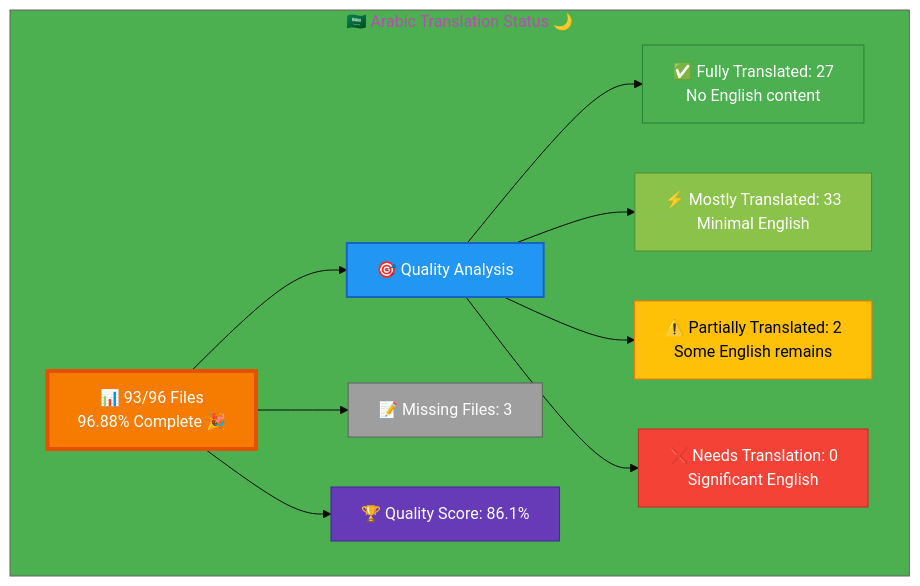
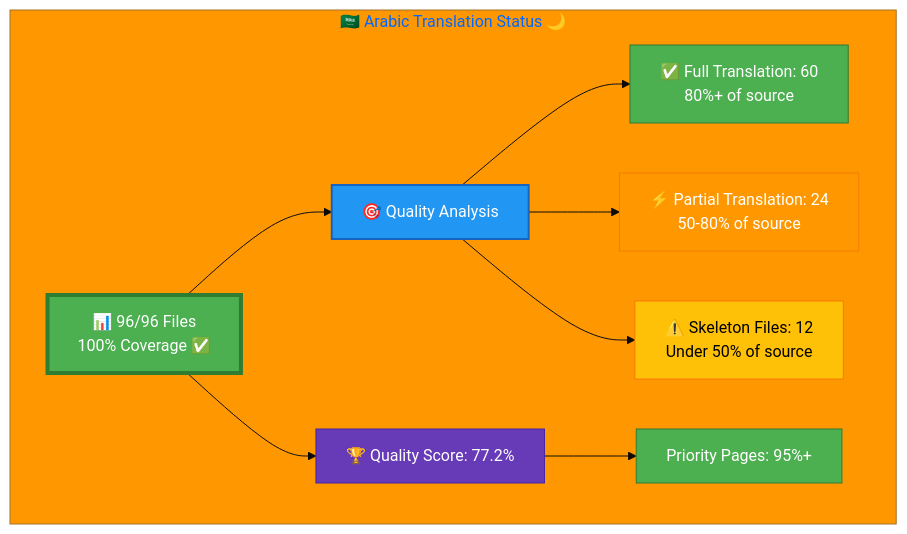
Before and after one commit to Hack23/homepage: the diagram in Arabic-Translation-Status.md, drawn with Mermaid. The commit also changed other lines of this file, not shown here.

Commit message:
Update Arabic-Translation-Status.md with accurate completion metrics

````diff
--- a/Arabic-Translation-Status.md
+++ b/Arabic-Translation-Status.md
@@ -13,26 +13,23 @@
 ```mermaid
-%%{init: {'theme':'base', 'themeVariables': {'primaryColor':'#F57C00','secondaryColor':'#2196F3','tertiaryColor':'#4CAF50','fontSize':'16px'}}}%%
+%%{init: {'theme':'base', 'themeVariables': {'primaryColor':'#4CAF50','secondaryColor':'#2196F3','tertiaryColor':'#FF9800','fontSize':'16px'}}}%%
 graph TB
     subgraph "🇸🇦 Arabic Translation Status 🌙"
-        A["📊 93/96 Files<br/>96.88% Complete 🎉"]
+        A["📊 96/96 Files<br/>100% Coverage ✅"]
         
         A --> B["🎯 Quality Analysis"]
-        B --> C["✅ Fully Translated: 27<br/>No English content"]
-        B --> D["⚡ Mostly Translated: 33<br/>Minimal English"]
-        B --> E["⚠️  Partially Translated: 2<br/>Some English remains"]
-        B --> F["❌ Needs Translation: 0<br/>Significant English"]
+        B --> C["✅ Full Translation: 60<br/>80%+ of source"]
+        B --> D["⚡ Partial Translation: 24<br/>50-80% of source"]
+        B --> E["⚠️ Skeleton Files: 12<br/>Under 50% of source"]
         
-        A --> G["📝 Missing Files: 3"]
+        A --> H["🏆 Quality Score: 77.2%"]
+        H --> I["Priority Pages: 95%+"]
         
-        A --> H["🏆 Quality Score: 86.1%"]
-        
-        style A fill:#F57C00,stroke:#E65100,color:#fff,stroke-width:4px
+        style A fill:#4CAF50,stroke:#2E7D32,color:#fff,stroke-width:4px
         style B fill:#2196F3,stroke:#1565C0,color:#fff,stroke-width:2px
         style C fill:#4CAF50,stroke:#2E7D32,color:#fff
-        style D fill:#8BC34A,stroke:#558B2F,color:#fff
+        style D fill:#FF9800,stroke:#F57C00,color:#fff
         style E fill:#FFC107,stroke:#F57C00,color:#000
-        style F fill:#F44336,stroke:#C62828,color:#fff
-        style G fill:#9E9E9E,stroke:#616161,color:#fff
         style H fill:#673AB7,stroke:#4527A0,color:#fff
+        style I fill:#4CAF50,stroke:#2E7D32,color:#fff
     end
 ```
````
